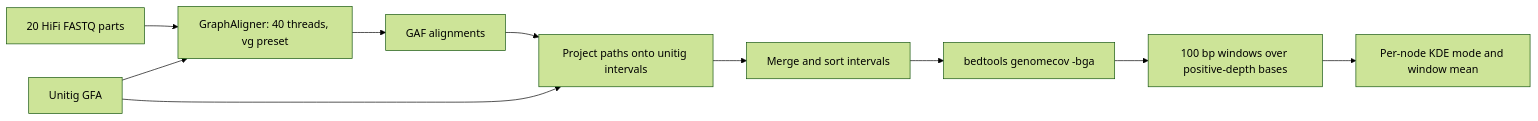
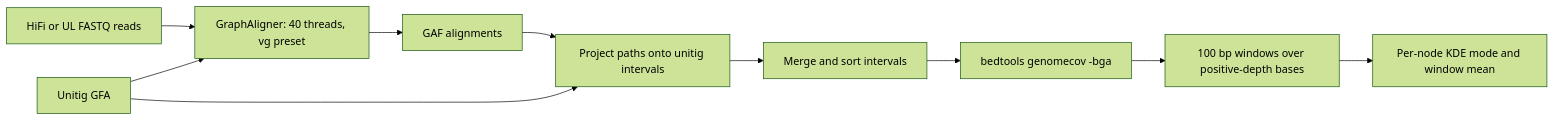
Before and after one commit to socialhang/phasing: the diagram in docs/02-node-depth.md, drawn with Mermaid (forest theme). The commit also changed other lines of this file, not shown here.

````diff
--- a/docs/02-node-depth.md
+++ b/docs/02-node-depth.md
@@ -9,12 +9,12 @@
 ```mermaid
 flowchart LR
-    A[20 HiFi FASTQ parts] --> C[GraphAligner: 40 threads, vg preset]
+    A[HiFi or UL FASTQ reads] --> C[GraphAligner: 40 threads, vg preset]
     B[Unitig GFA] --> C
     C --> D[GAF alignments]
     D --> E[Project paths onto unitig intervals]
     B --> E
     E --> F[Merge and sort intervals]
     F --> G[bedtools genomecov -bga]
     G --> H[100 bp windows over positive-depth bases]
     H --> I[Per-node KDE mode and window mean]
 ```
````
